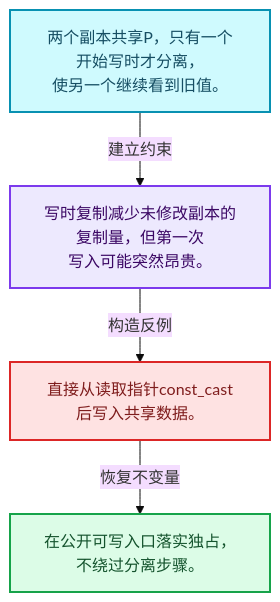
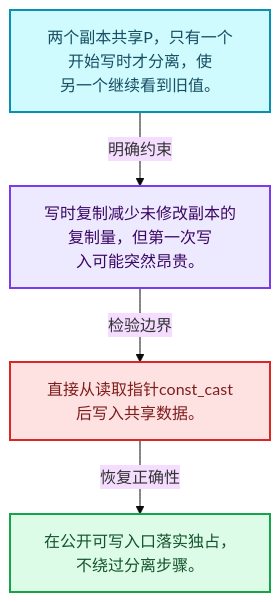
One commit to yunkezengren/blender-.vscode changed the first of 4 diagrams in 杂/markdown/全面学习-codex/06-隐式共享与缓存系统/01-所有权与写时复制.md. Above: the diagram before and after it, drawn with Mermaid (base theme). The commit also changed other lines of this file and 1930 other files, not shown here.

````diff
--- a/杂/markdown/全面学习-codex/06-隐式共享与缓存系统/01-所有权与写时复制.md
+++ b/杂/markdown/全面学习-codex/06-隐式共享与缓存系统/01-所有权与写时复制.md
@@ -29,16 +29,16 @@
 ```mermaid
 flowchart TB
-  M["两个副本共享P，只有一个开始写时才分离，<br/>使另一个继续看到旧值。"]:::data
-  T["写时复制减少未修改副本的复制量，但第一次<br/>写入可能突然昂贵。"]:::abstraction
-  X["直接从读取指针const_cast后写入共享数据。"]:::error
-  A["在公开可写入口落实独占，不绕过分离步骤。"]:::result
-  M -->|"建立约束"| T
-  T -->|"构造反例"| X
-  X -->|"恢复不变量"| A
+  M["两个副本共享P，只有一个开始写时才分离，使<br/>另一个继续看到旧值。"]:::data
+  C["写时复制减少未修改副本的复制量，但第一次写<br/>入可能突然昂贵。"]:::abstraction
+  B["直接从读取指针const_cast后写入共享数据。"]:::error
+  R["在公开可写入口落实独占，不绕过分离步骤。"]:::result
+  M -->|"明确约束"| C
+  C -->|"检验边界"| B
+  B -->|"恢复正确性"| R
   classDef input fill:#DBEAFE,stroke:#2563EB,color:#172554,stroke-width:2px;
   classDef data fill:#CFFAFE,stroke:#0891B2,color:#164E63,stroke-width:2px;
   classDef abstraction fill:#EDE9FE,stroke:#7C3AED,color:#3B0764,stroke-width:2px;
   classDef compute fill:#FEF3C7,stroke:#D97706,color:#78350F,stroke-width:2px;
   classDef result fill:#DCFCE7,stroke:#16A34A,color:#14532D,stroke-width:2px;
   classDef error fill:#FEE2E2,stroke:#DC2626,color:#7F1D1D,stroke-width:2px;
 ```
````
